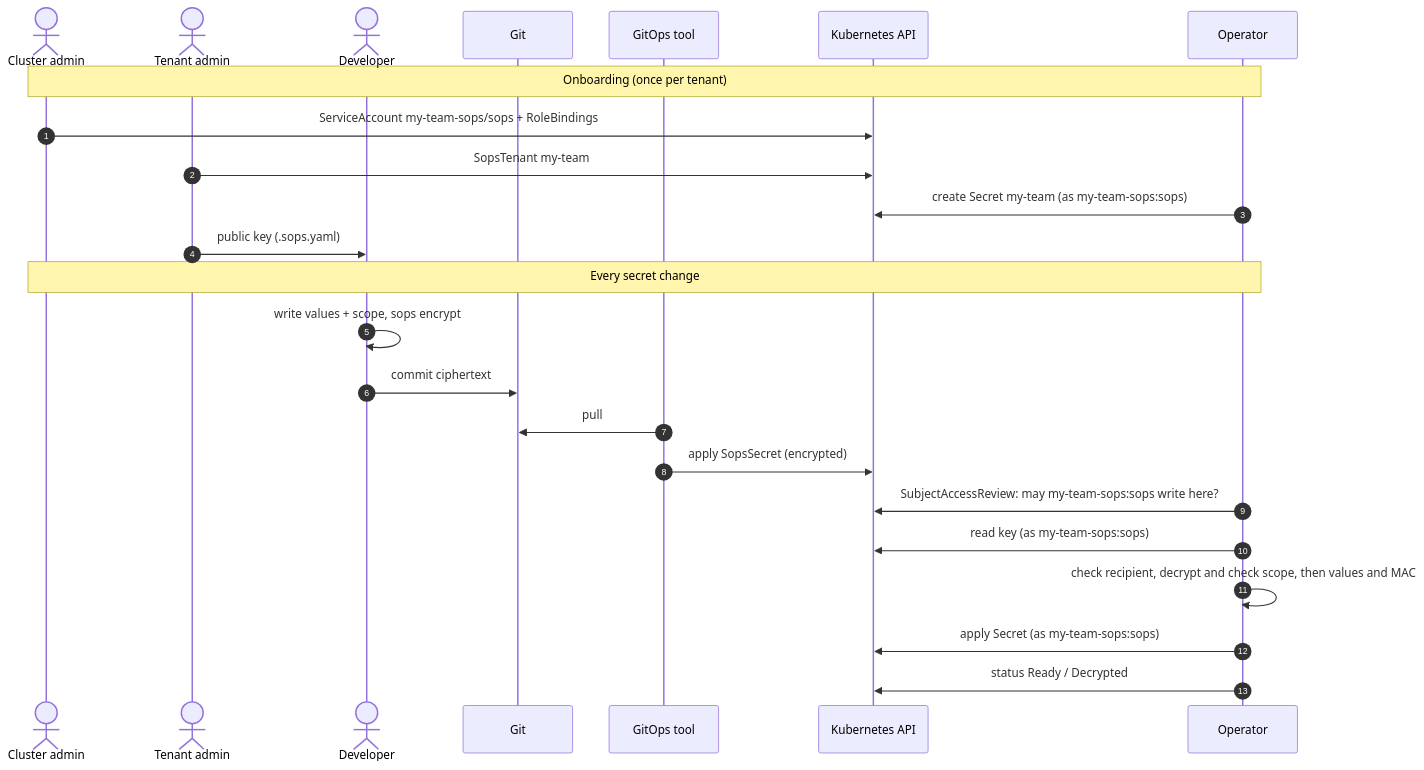
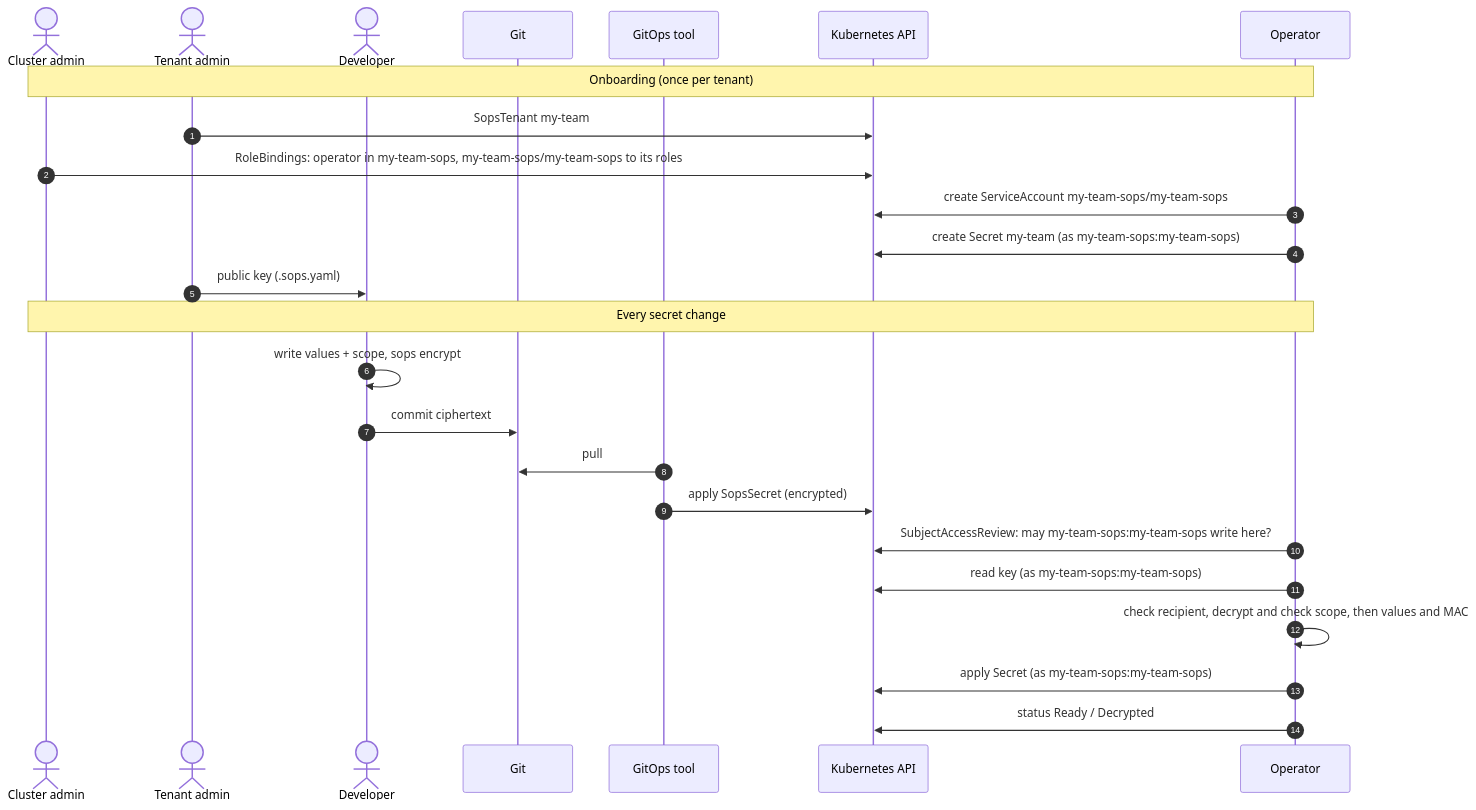
One commit to stakater/sops-operator changed the second of 3 diagrams in DESIGN.md. Above: the diagram before and after it, drawn with Mermaid. The commit also changed other lines of this file and 24 other files, not shown here.

First line of the commit message:
Per-tenant ServiceAccounts created by the operator; onboarding is RoleBindings only (#5)

````diff
--- a/DESIGN.md
+++ b/DESIGN.md
@@ -183,28 +184,29 @@
 ```mermaid
 sequenceDiagram
     autonumber
     actor CA as Cluster admin
     actor TA as Tenant admin
     actor DEV as Developer
     participant GIT as Git
     participant GO as GitOps tool
     participant API as Kubernetes API
     participant OP as Operator
 
     Note over CA,OP: Onboarding (once per tenant)
-    CA->>API: ServiceAccount my-team-sops/sops + RoleBindings
     TA->>API: SopsTenant my-team
-    OP->>API: create Secret my-team (as my-team-sops:sops)
+    CA->>API: RoleBindings: operator in my-team-sops, my-team-sops/my-team-sops to its roles
+    OP->>API: create ServiceAccount my-team-sops/my-team-sops
+    OP->>API: create Secret my-team (as my-team-sops:my-team-sops)
     TA->>DEV: public key (.sops.yaml)
 
     Note over CA,OP: Every secret change
     DEV->>DEV: write values + scope, sops encrypt
     DEV->>GIT: commit ciphertext
     GO->>GIT: pull
     GO->>API: apply SopsSecret (encrypted)
-    OP->>API: SubjectAccessReview: may my-team-sops:sops write here?
-    OP->>API: read key (as my-team-sops:sops)
+    OP->>API: SubjectAccessReview: may my-team-sops:my-team-sops write here?
+    OP->>API: read key (as my-team-sops:my-team-sops)
     OP->>OP: check recipient, decrypt and check scope, then values and MAC
-    OP->>API: apply Secret (as my-team-sops:sops)
+    OP->>API: apply Secret (as my-team-sops:my-team-sops)
     OP->>API: status Ready / Decrypted
 ```
````
